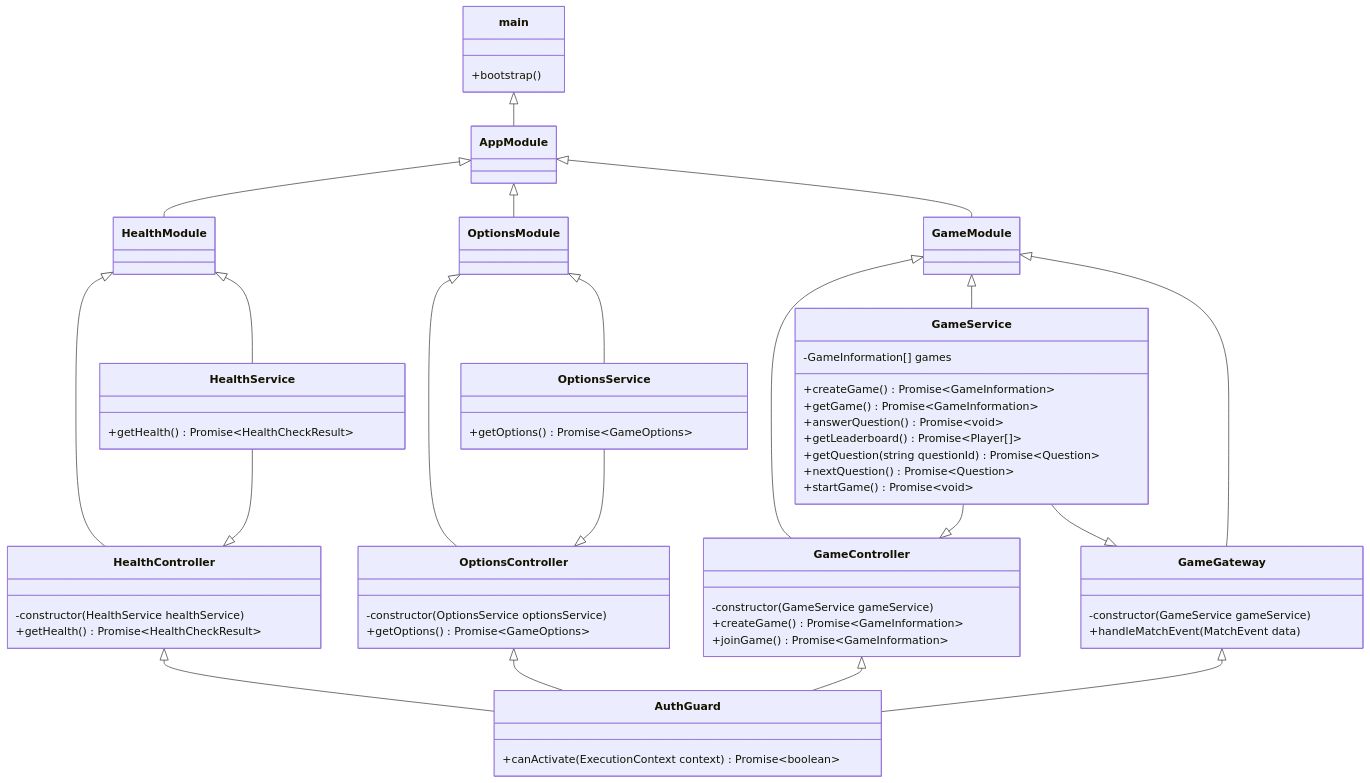
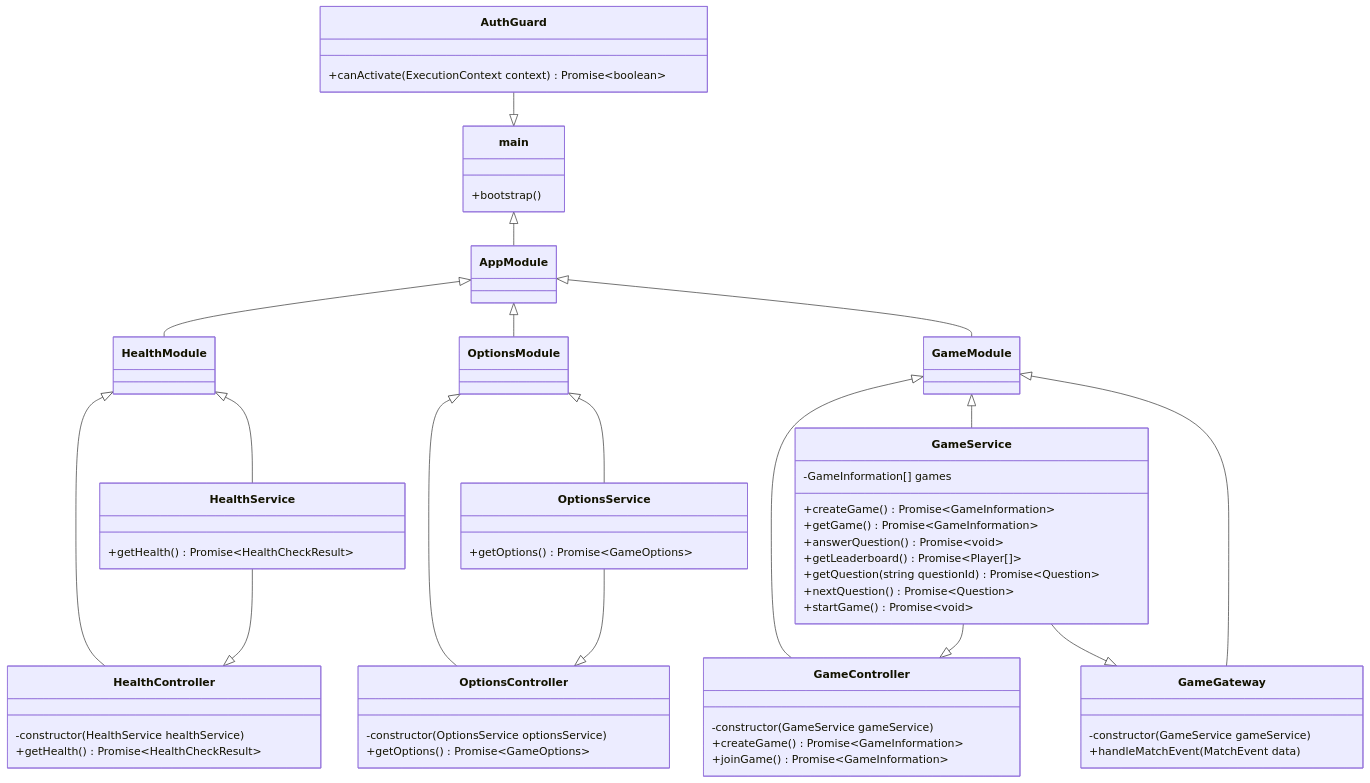
Before and after one commit to linusromlandITHS/Testing-and-TypeScript-Laboration-1: the diagram in docs/classDiagramAPI.md, drawn with Mermaid. The commit also changed 5 other files, not shown here.

````diff
--- a/docs/classDiagramAPI.md
+++ b/docs/classDiagramAPI.md
@@ -3,82 +3,79 @@
 ```mermaid
 classDiagram
     %% Startup function
     class main{
       +bootstrap()
     }
 
     %% Main Module
     class AppModule
 
     %% Guards
     class AuthGuard{
       +canActivate(ExecutionContext context) Promise~boolean~
     }
+    AuthGuard --|> main
 
     class HealthModule
     class HealthController{
         -constructor(HealthService healthService)
         +getHealth() Promise~HealthCheckResult~
     }
     class HealthService{
         +getHealth() Promise~HealthCheckResult~
     }
 
     class OptionsModule
     class OptionsController{
         -constructor(OptionsService optionsService)
         +getOptions() Promise~GameOptions~
     }
     class OptionsService{
         +getOptions() Promise~GameOptions~
     }
 
     class GameModule
     class GameController{
         -constructor(GameService gameService)
         +createGame() Promise~GameInformation~
         +joinGame() Promise~GameInformation~
     }
     class GameGateway{
         -constructor(GameService gameService)
         +handleMatchEvent(MatchEvent data)
     }
     class GameService{
         -GameInformation[] games
         +createGame() Promise~GameInformation~
         +getGame() Promise~GameInformation~
         +answerQuestion() Promise~void~
         +getLeaderboard() Promise~Player[]~
         +getQuestion(string questionId) Promise~Question~
         +nextQuestion() Promise~Question~
         +startGame() Promise~void~
 
     }
 
     %% Relations
     main <|-- AppModule
     AppModule <|-- HealthModule
     AppModule <|-- OptionsModule
     AppModule <|-- GameModule
 
     HealthModule <|-- HealthController
     HealthModule <|-- HealthService
 
-    HealthController <|-- AuthGuard
     HealthService --|> HealthController
 
     OptionsModule <|-- OptionsController
     OptionsModule <|-- OptionsService
 
-    OptionsController <|-- AuthGuard
     OptionsService --|> OptionsController
 
     GameModule <|-- GameController
     GameModule <|-- GameService
 
-    GameController <|-- AuthGuard
-    GameGateway <|-- AuthGuard
     GameService --|> GameGateway
     GameService --|> GameController
     GameModule <|-- GameGateway
 ```
````
